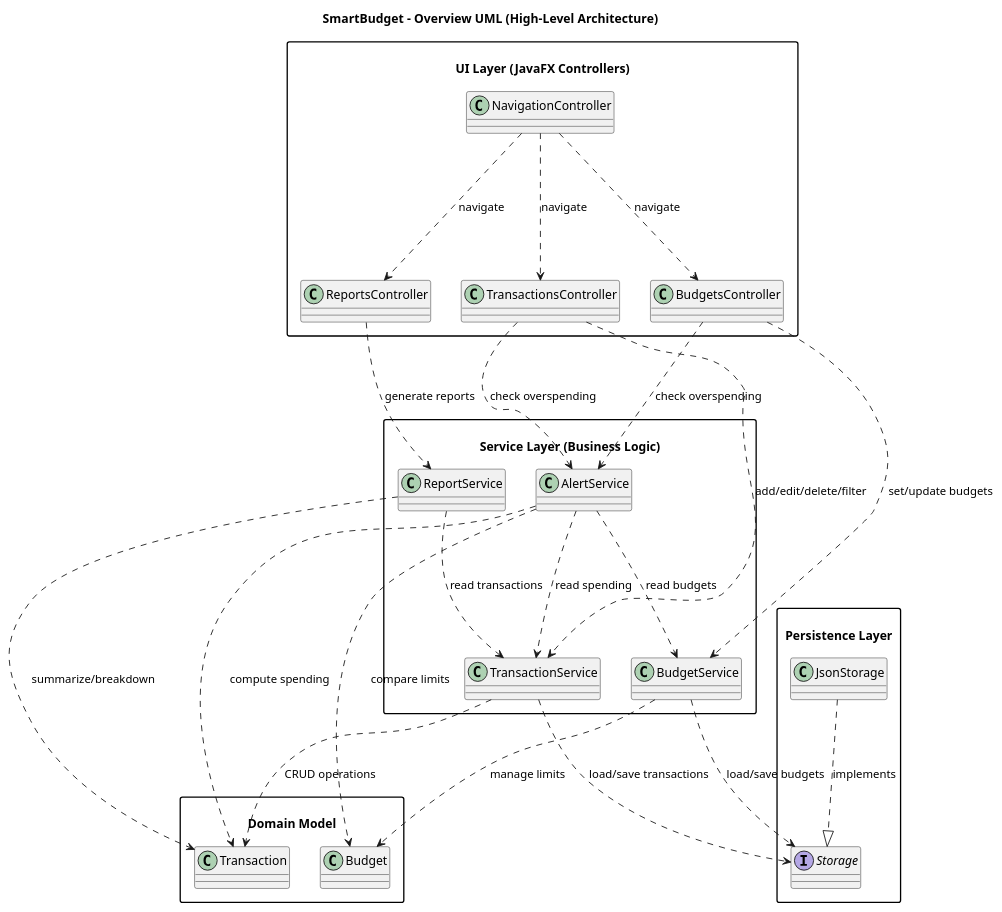
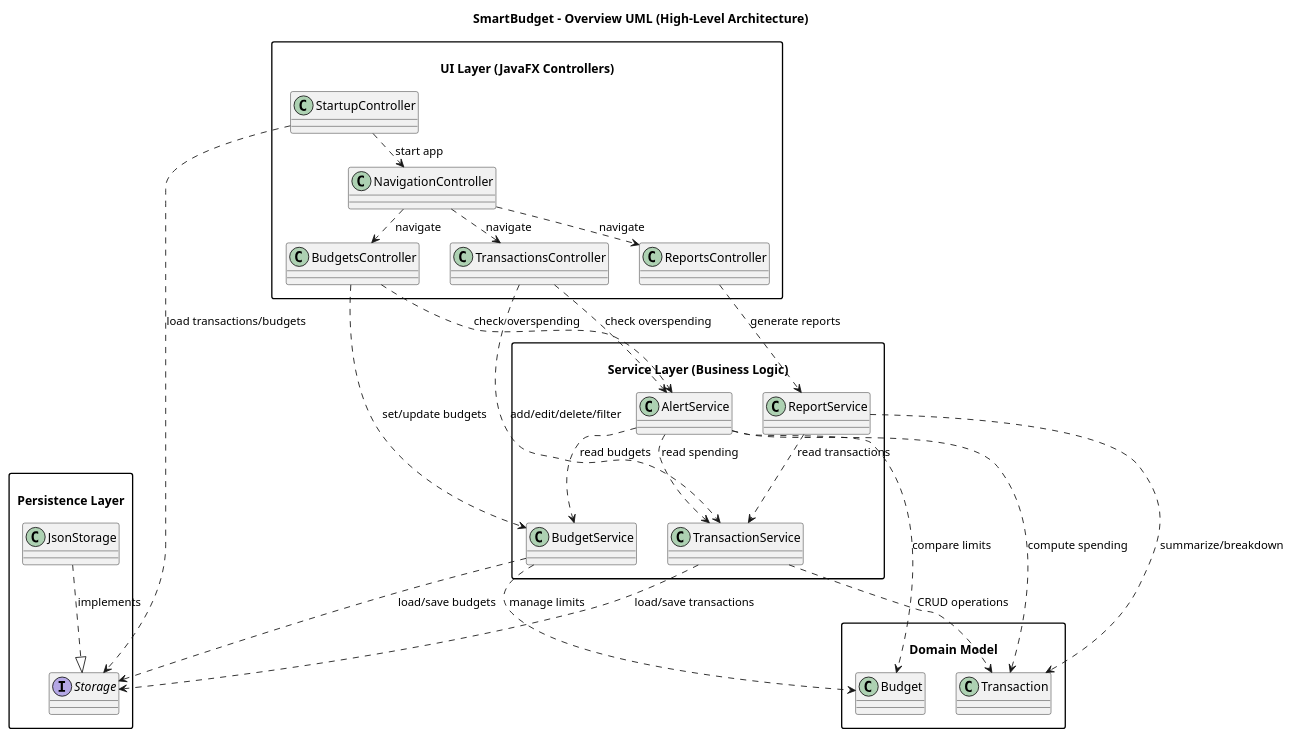
The diagram in docs/diagrams/class diagrams/high-level class diagram.puml (mohsenpasdar/smartbudget), drawn with PlantUML before and after one commit. The commit also changed 7 other files, not shown here.

Commit message:
make class diagrams consistent with other diagrams

```diff
--- a/docs/diagrams/class diagrams/high-level class diagram.puml
+++ b/docs/diagrams/class diagrams/high-level class diagram.puml
@@ -1,74 +1,77 @@
 @startuml
 title SmartBudget - Overview UML (High-Level Architecture)
 
 skinparam classAttributeIconSize 0
 skinparam packageStyle rectangle
-skinparam ranksep 150
-
+skinparam ranksep 20
 
 package "\nUI Layer (JavaFX Controllers)" as UI {
   class TransactionsController
   class BudgetsController
   class ReportsController
   class NavigationController
+  class StartupController
 }
 
 package "\nService Layer (Business Logic)" as SVC {
   class TransactionService
   class BudgetService
   class ReportService
   class AlertService
 }
 
 package "\nDomain Model" as DOMAIN {
   class Transaction
   class Budget
 }
 
 package "\nPersistence Layer" as PERSIST {
   interface Storage
   class JsonStorage
 }
 
 ' -------------------------
 ' UI -> Services (calls)
 ' -------------------------
 
 TransactionsController ..> TransactionService : add/edit/delete/filter
 TransactionsController ..> AlertService : check overspending
 
 BudgetsController ..> BudgetService : set/update budgets
 BudgetsController ..> AlertService : check overspending
 
 ReportsController ..> ReportService : generate reports
 
 NavigationController ..> TransactionsController : navigate
 NavigationController ..> BudgetsController : navigate
 NavigationController ..> ReportsController : navigate
 
+StartupController ..> Storage : load transactions/budgets
+StartupController ..> NavigationController : start app
+
 ' -------------------------
 ' Service -> Service (indirect storage access)
 ' -------------------------
 ReportService ..> TransactionService : read transactions
 AlertService ..> TransactionService : read spending
 AlertService ..> BudgetService : read budgets
 
 ' -------------------------
 ' Services -> Domain (uses)
 ' -------------------------
 TransactionService ..> Transaction : CRUD operations
 BudgetService ..> Budget : manage limits
 ReportService ..> Transaction : summarize/breakdown
 AlertService ..> Budget : compare limits
 AlertService ..> Transaction : compute spending
 
 
 ' -------------------------
 ' Services -> Persistence
 ' -------------------------
 TransactionService ..> Storage : load/save transactions
 BudgetService ..> Storage : load/save budgets
 
 JsonStorage ..|> Storage : implements
 
 @enduml
```
